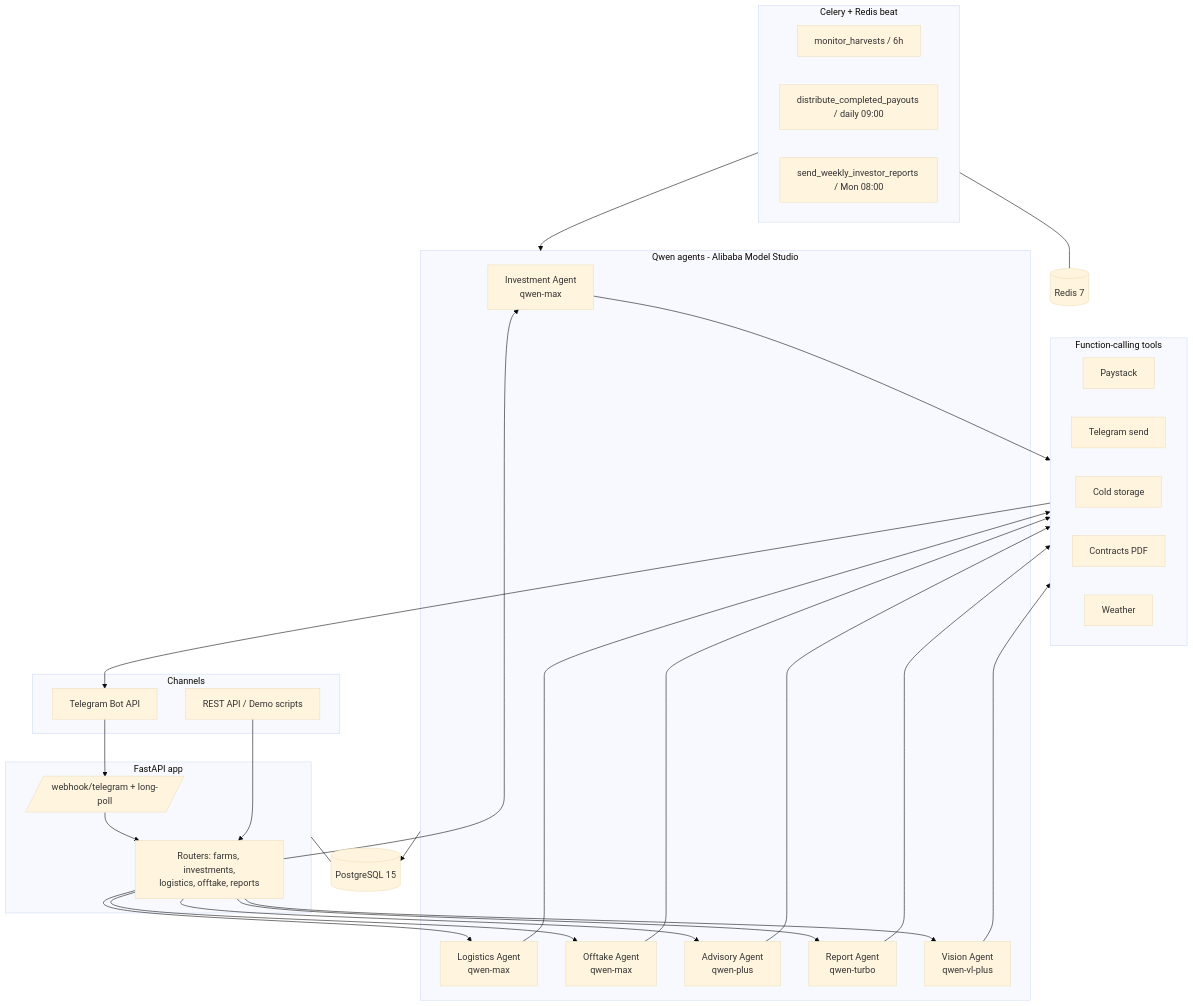
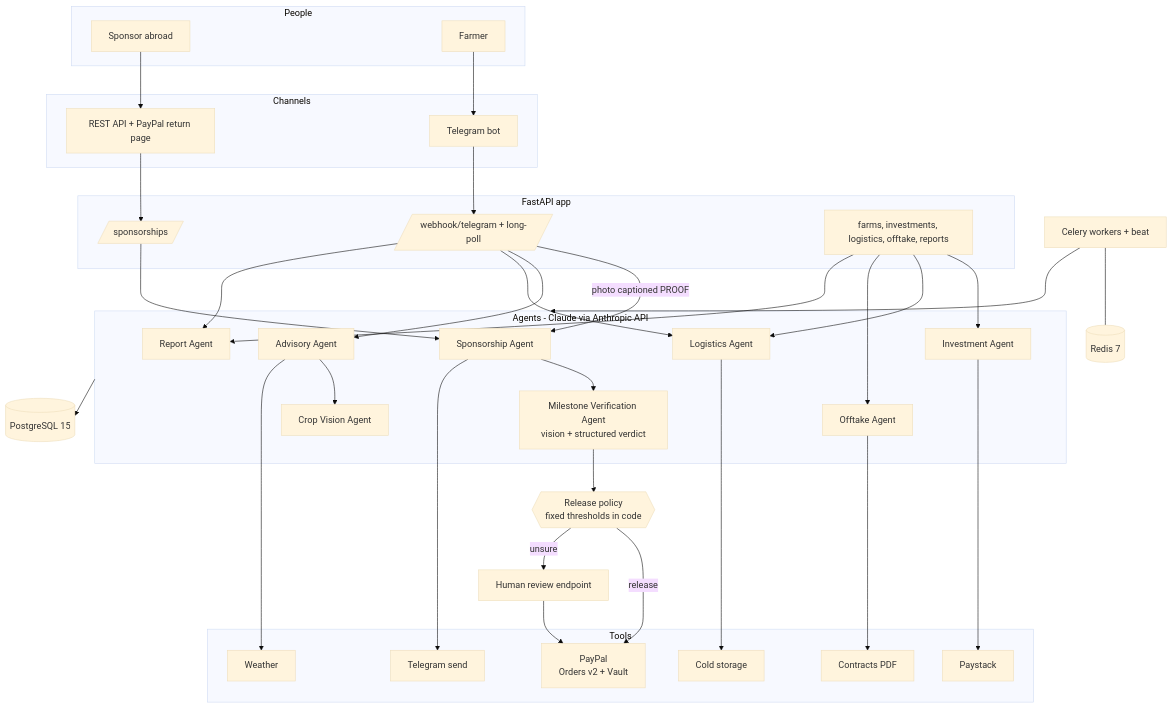
Before and after one commit to Dev-Ryuzakii/Yieldra: the diagram in docs/architecture.md, drawn with Mermaid (base theme). The commit also changed other lines of this file and 34 other files, not shown here.

First line of the commit message:
feat: PayPal milestone sponsorships with photo verification on Claude

````diff
--- a/docs/architecture.md
+++ b/docs/architecture.md
@@ -7,48 +7,63 @@
 ```mermaid
 flowchart TD
+    subgraph People
+        SP[Sponsor abroad]
+        FM[Farmer]
+    end
+
     subgraph Channels
-        TG[Telegram Bot API]
-        HTTP[REST API / Demo scripts]
+        WEB[REST API + PayPal return page]
+        TG[Telegram bot]
     end
 
     subgraph API[FastAPI app]
+        SR[/sponsorships/]
         WH[/webhook/telegram + long-poll/]
-        R[Routers: farms, investments,\nlogistics, offtake, reports]
+        R[farms, investments, logistics, offtake, reports]
     end
 
-    subgraph Agents[Qwen agents - Alibaba Model Studio]
-        IA[Investment Agent\nqwen-max]
-        LA[Logistics Agent\nqwen-max]
-        OA[Offtake Agent\nqwen-max]
-        AA[Advisory Agent\nqwen-plus]
-        RA[Report Agent\nqwen-turbo]
-        VA[Vision Agent\nqwen-vl-plus]
+    subgraph Agents[Agents - Claude via Anthropic API]
+        SA[Sponsorship Agent]
+        MV[Milestone Verification Agent\nvision + structured verdict]
+        AA[Advisory Agent]
+        VA[Crop Vision Agent]
+        LA[Logistics Agent]
+        OA[Offtake Agent]
+        RA[Report Agent]
+        IA[Investment Agent]
     end
 
-    subgraph Tools[Function-calling tools]
+    POL{{Release policy\nfixed thresholds in code}}
+
+    subgraph Tools
+        PP[PayPal\nOrders v2 + Vault]
         PS[Paystack]
-        WT[Telegram send]
+        TS[Telegram send]
         CS[Cold storage]
         CT[Contracts PDF]
         WX[Weather]
     end
 
-    subgraph Workers[Celery + Redis beat]
-        T1[monitor_harvests / 6h]
-        T2[distribute_completed_payouts / daily 09:00]
-        T3[send_weekly_investor_reports / Mon 08:00]
-    end
-
     DB[(PostgreSQL 15)]
     RD[(Redis 7)]
+    CW[Celery workers + beat]
 
-    TG --> WH --> R
-    HTTP --> R
-    R --> IA & LA & OA & AA & RA & VA
-    IA & LA & OA & AA & RA & VA --> Tools
+    SP --> WEB --> SR --> SA
+    FM --> TG --> WH
+    WH -->|photo captioned PROOF| SA
+    WH --> AA & LA & RA
+    SA --> MV --> POL
+    POL -->|release| PP
+    POL -->|unsure| HR[Human review endpoint]
+    HR --> PP
+    SA --> TS
+    AA --> VA
+    R --> IA & LA & OA & RA
+    IA --> PS
+    LA --> CS
+    OA --> CT
+    AA --> WX
     Agents --> DB
-    Workers --> Agents
-    Workers --- RD
-    API --- DB
-    Tools --> TG
+    CW --> Agents
+    CW --- RD
 ```
````
